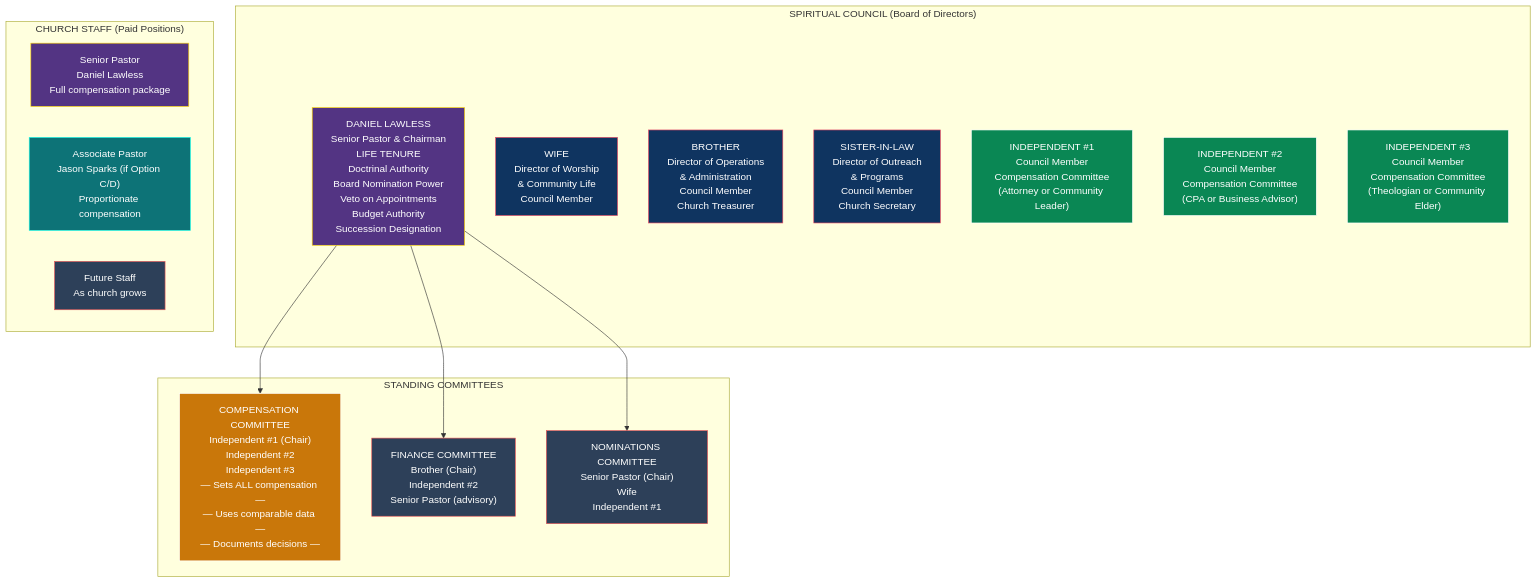
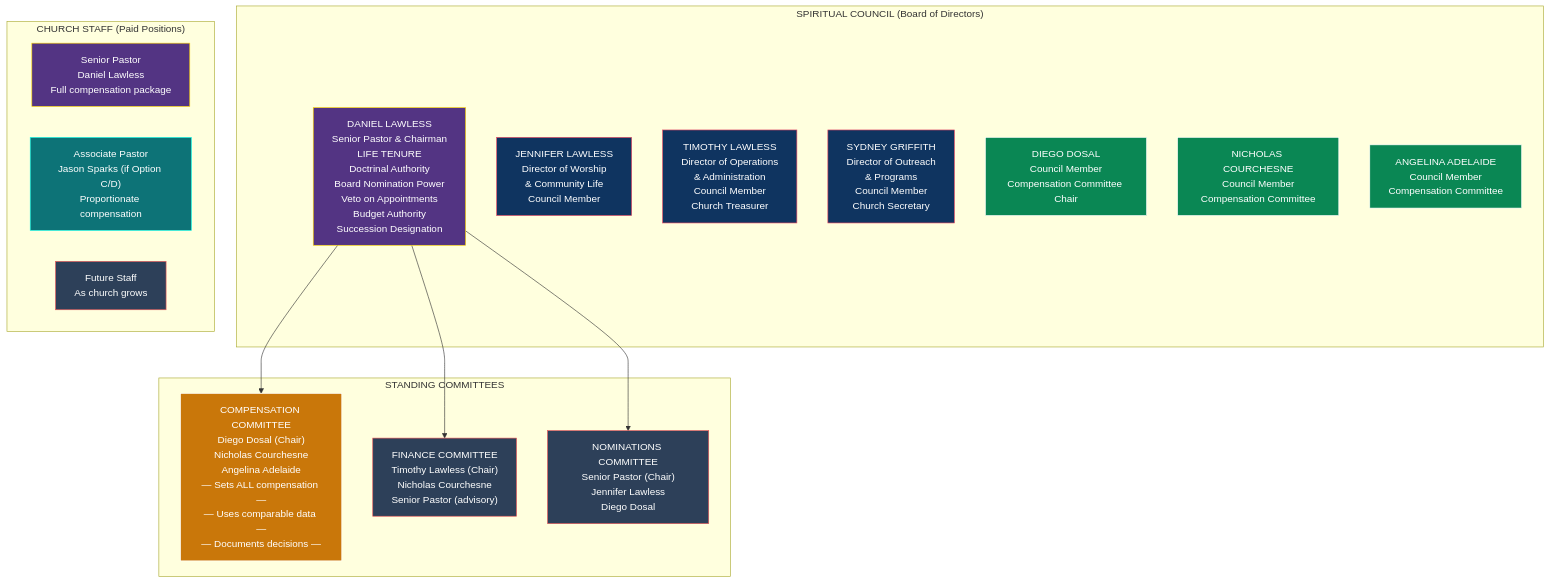
One commit to Light-Brands/epic-center changed the first of 3 diagrams in docs/tax-structure/11-CHURCH-GOVERNANCE-STRUCTURE.md. Above: the diagram before and after it, drawn with Mermaid. The commit also changed other lines of this file, not shown here.

First line of the commit message:
Name all church governance positions with actual appointees

````diff
--- a/docs/tax-structure/11-CHURCH-GOVERNANCE-STRUCTURE.md
+++ b/docs/tax-structure/11-CHURCH-GOVERNANCE-STRUCTURE.md
@@ -50,50 +50,50 @@
 ```mermaid
 graph TB
     subgraph "SPIRITUAL COUNCIL (Board of Directors)"
         SP["DANIEL LAWLESS<br/>Senior Pastor & Chairman<br/>LIFE TENURE<br/>Doctrinal Authority<br/>Board Nomination Power<br/>Veto on Appointments<br/>Budget Authority<br/>Succession Designation"]
 
-        W["WIFE<br/>Director of Worship<br/>& Community Life<br/>Council Member"]
+        W["JENNIFER LAWLESS<br/>Director of Worship<br/>& Community Life<br/>Council Member"]
 
-        B["BROTHER<br/>Director of Operations<br/>& Administration<br/>Council Member<br/>Church Treasurer"]
+        B["TIMOTHY LAWLESS<br/>Director of Operations<br/>& Administration<br/>Council Member<br/>Church Treasurer"]
 
-        SIL["SISTER-IN-LAW<br/>Director of Outreach<br/>& Programs<br/>Council Member<br/>Church Secretary"]
+        SIL["SYDNEY GRIFFITH<br/>Director of Outreach<br/>& Programs<br/>Council Member<br/>Church Secretary"]
 
-        I1["INDEPENDENT #1<br/>Council Member<br/>Compensation Committee<br/>(Attorney or Community Leader)"]
+        I1["DIEGO DOSAL<br/>Council Member<br/>Compensation Committee Chair"]
 
-        I2["INDEPENDENT #2<br/>Council Member<br/>Compensation Committee<br/>(CPA or Business Advisor)"]
+        I2["NICHOLAS COURCHESNE<br/>Council Member<br/>Compensation Committee"]
 
-        I3["INDEPENDENT #3<br/>Council Member<br/>Compensation Committee<br/>(Theologian or Community Elder)"]
+        I3["ANGELINA ADELAIDE<br/>Council Member<br/>Compensation Committee"]
     end
 
     subgraph "STANDING COMMITTEES"
-        CC["COMPENSATION COMMITTEE<br/>Independent #1 (Chair)<br/>Independent #2<br/>Independent #3<br/>— Sets ALL compensation —<br/>— Uses comparable data —<br/>— Documents decisions —"]
+        CC["COMPENSATION COMMITTEE<br/>Diego Dosal (Chair)<br/>Nicholas Courchesne<br/>Angelina Adelaide<br/>— Sets ALL compensation —<br/>— Uses comparable data —<br/>— Documents decisions —"]
 
-        FC["FINANCE COMMITTEE<br/>Brother (Chair)<br/>Independent #2<br/>Senior Pastor (advisory)"]
+        FC["FINANCE COMMITTEE<br/>Timothy Lawless (Chair)<br/>Nicholas Courchesne<br/>Senior Pastor (advisory)"]
 
-        NC["NOMINATIONS COMMITTEE<br/>Senior Pastor (Chair)<br/>Wife<br/>Independent #1"]
+        NC["NOMINATIONS COMMITTEE<br/>Senior Pastor (Chair)<br/>Jennifer Lawless<br/>Diego Dosal"]
     end
 
     subgraph "CHURCH STAFF (Paid Positions)"
         SP2["Senior Pastor<br/>Daniel Lawless<br/>Full compensation package"]
         AP["Associate Pastor<br/>Jason Sparks (if Option C/D)<br/>Proportionate compensation"]
         STAFF["Future Staff<br/>As church grows"]
     end
 
     SP --> CC
     SP --> FC
     SP --> NC
 
     style SP fill:#533483,stroke:#ffd700,color:#fff
     style W fill:#0f3460,stroke:#e94560,color:#fff
     style B fill:#0f3460,stroke:#e94560,color:#fff
     style SIL fill:#0f3460,stroke:#e94560,color:#fff
     style I1 fill:#0a8754,stroke:#fff,color:#fff
     style I2 fill:#0a8754,stroke:#fff,color:#fff
     style I3 fill:#0a8754,stroke:#fff,color:#fff
     style CC fill:#c9770a,stroke:#fff,color:#fff
     style FC fill:#2d4059,stroke:#ea5455,color:#fff
     style NC fill:#2d4059,stroke:#ea5455,color:#fff
     style SP2 fill:#533483,stroke:#ffd700,color:#fff
     style AP fill:#0d7377,stroke:#14ffec,color:#fff
     style STAFF fill:#2d4059,stroke:#ea5455,color:#fff
 ```
````
